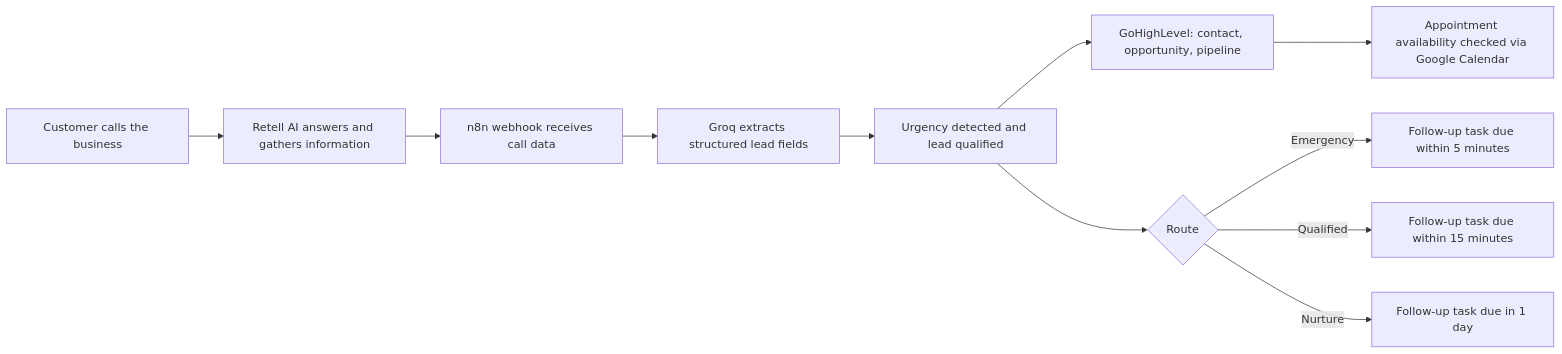
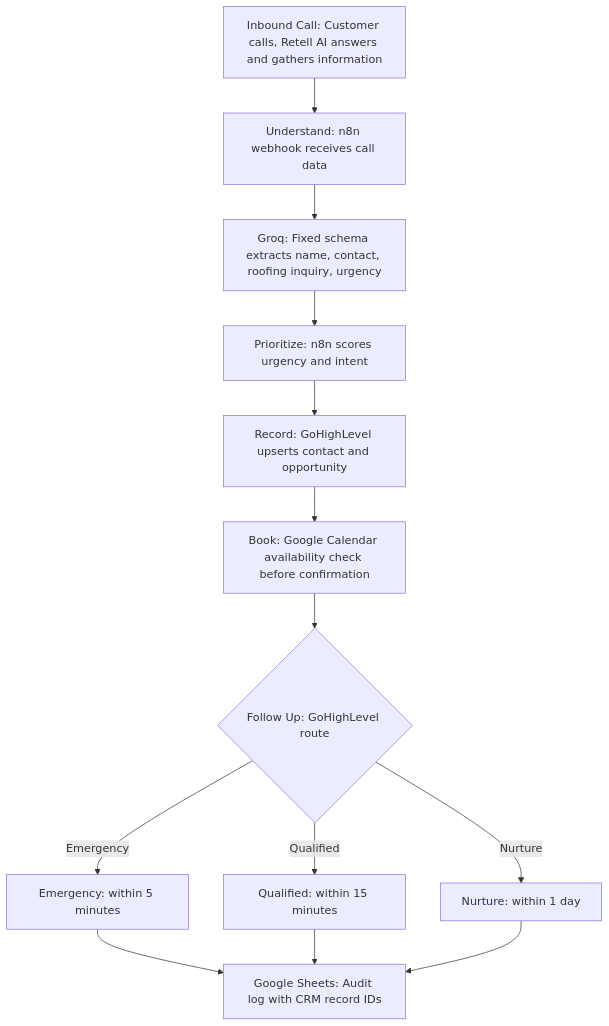
The diagram in docs/architecture.md (marsatolba6-gif/roofflow-ai-voice-lead-automation), drawn with Mermaid before and after one commit. The commit also changed other lines of this file, not shown here.

````diff
--- a/docs/architecture.md
+++ b/docs/architecture.md
@@ -9,13 +11,21 @@
 ```mermaid
-flowchart LR
-    A[Customer calls the business] --> B[Retell AI answers and gathers information]
-    B --> C[n8n webhook receives call data]
-    C --> D[Groq extracts structured lead fields]
-    D --> E[Urgency detected and lead qualified]
-    E --> F[GoHighLevel: contact, opportunity, pipeline]
-    F --> G[Appointment availability checked via Google Calendar]
-    E --> H{Route}
-    H -->|Emergency| I[Follow-up task due within 5 minutes]
-    H -->|Qualified| J[Follow-up task due within 15 minutes]
-    H -->|Nurture| K[Follow-up task due in 1 day]
+flowchart TD
+    A["Inbound Call: Customer calls, Retell AI answers and gathers information"]
+    B["Understand: n8n webhook receives call data"]
+    C["Groq: Fixed schema extracts name, contact, roofing inquiry, urgency"]
+    D["Prioritize: n8n scores urgency and intent"]
+    E["Record: GoHighLevel upserts contact and opportunity"]
+    F["Book: Google Calendar availability check before confirmation"]
+    G{"Follow Up: GoHighLevel route"}
+    H["Emergency: within 5 minutes"]
+    I["Qualified: within 15 minutes"]
+    J["Nurture: within 1 day"]
+    K["Google Sheets: Audit log with CRM record IDs"]
+    A --> B --> C --> D --> E --> F --> G
+    G -->|Emergency| H
+    G -->|Qualified| I
+    G -->|Nurture| J
+    H --> K
+    I --> K
+    J --> K
 ```
````
